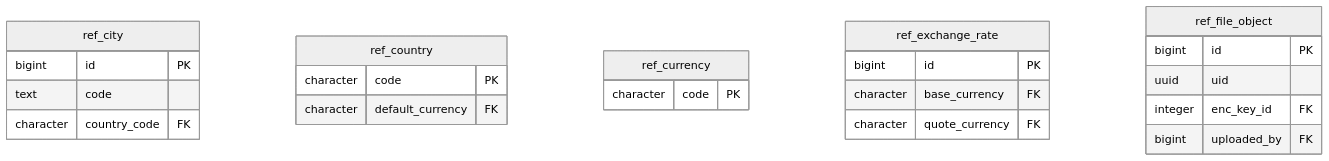
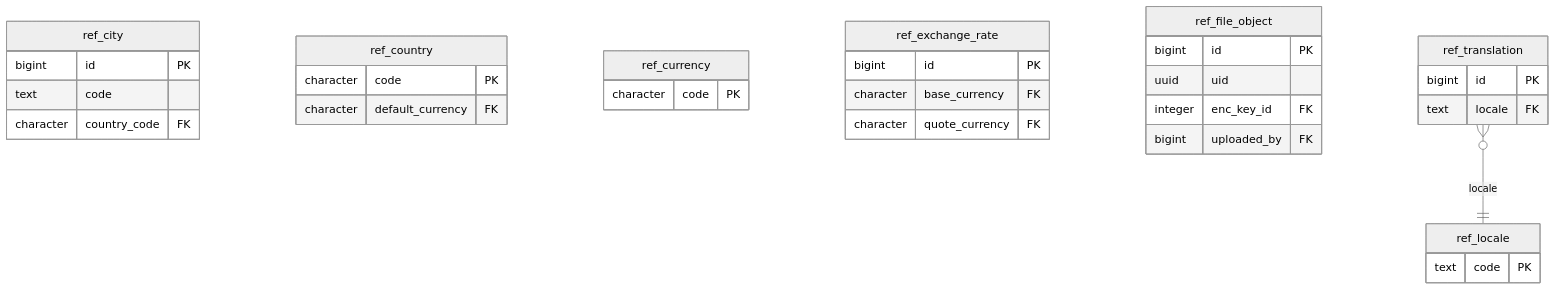
The third of 15 diagrams in db/ERD.md (thawrasy/smartlines), drawn with Mermaid (neutral theme) before and after one commit. The commit also changed other lines of this file and 20 other files, not shown here.

First line of the commit message:
db: English-only schema, seeds, tests and docs with locale-neutral design

````diff
--- a/db/ERD.md
+++ b/db/ERD.md
@@ -220,26 +227,34 @@
 ```mermaid
 erDiagram
   ref_city {
     bigint id PK
     text code
     character country_code FK
   }
   ref_country {
     character code PK
     character default_currency FK
   }
   ref_currency {
     character code PK
   }
   ref_exchange_rate {
     bigint id PK
     character base_currency FK
     character quote_currency FK
   }
   ref_file_object {
     bigint id PK
     uuid uid
     integer enc_key_id FK
     bigint uploaded_by FK
   }
+  ref_locale {
+    text code PK
+  }
+  ref_translation {
+    bigint id PK
+    text locale FK
+  }
+  ref_translation }o--|| ref_locale : "locale"
 ```
````
